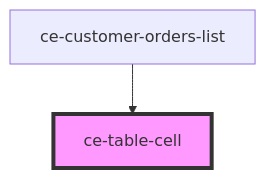
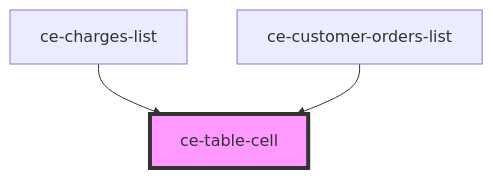
Before and after one commit to surecart/surecart-wp-plugin: the diagram in packages/components/src/components/ui/table-cell/readme.md, drawn with Mermaid. The commit also changed other lines of this file and 101 other files, not shown here.

````diff
--- a/packages/components/src/components/ui/table-cell/readme.md
+++ b/packages/components/src/components/ui/table-cell/readme.md
@@ -15,5 +16,6 @@
 ```mermaid
 graph TD;
+  ce-charges-list --> ce-table-cell
   ce-customer-orders-list --> ce-table-cell
   style ce-table-cell fill:#f9f,stroke:#333,stroke-width:4px
 ```
````
